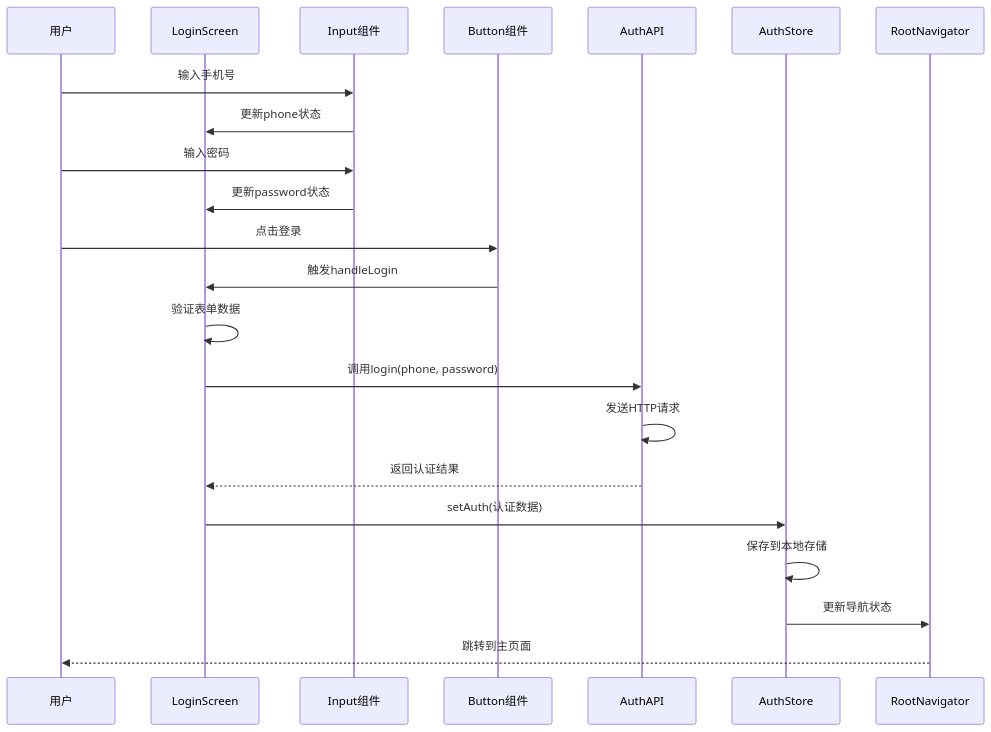
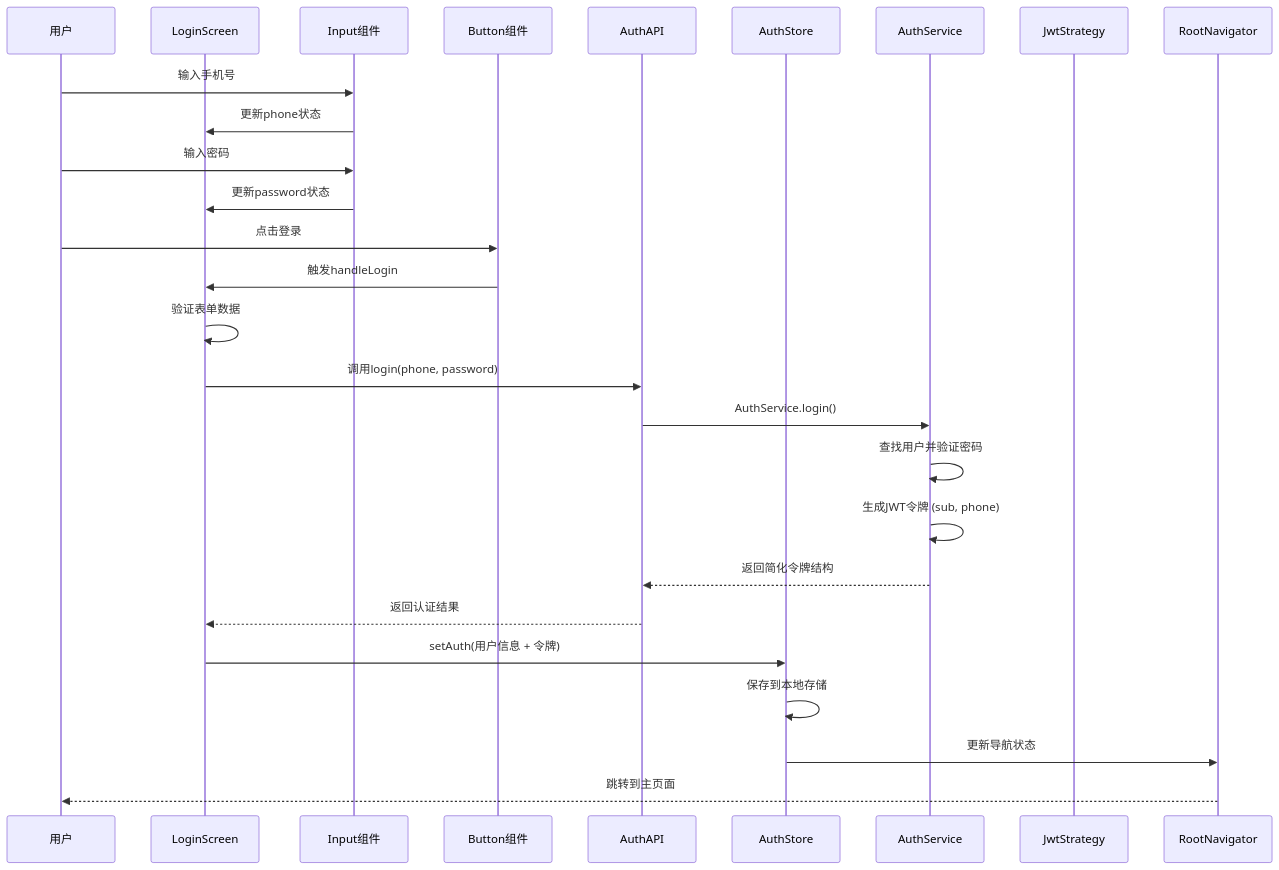
Before and after one commit to lsqwawa/free-dress: the third of 21 diagrams in .qoder/repowiki/zh/content/前端开发指南/页面架构/认证页面/登录页面.md, drawn with Mermaid. The commit also changed other lines of this file and 55 other files, not shown here.

````diff
--- a/.qoder/repowiki/zh/content/前端开发指南/页面架构/认证页面/登录页面.md
+++ b/.qoder/repowiki/zh/content/前端开发指南/页面架构/认证页面/登录页面.md
@@ -145,24 +179,29 @@
 ```mermaid
 sequenceDiagram
 participant User as 用户
 participant Login as LoginScreen
 participant Input as Input组件
 participant Button as Button组件
 participant API as AuthAPI
 participant Store as AuthStore
+participant Service as AuthService
+participant Strategy as JwtStrategy
 participant Navigator as RootNavigator
 User->>Input : 输入手机号
 Input->>Login : 更新phone状态
 User->>Input : 输入密码
 Input->>Login : 更新password状态
 User->>Button : 点击登录
 Button->>Login : 触发handleLogin
 Login->>Login : 验证表单数据
 Login->>API : 调用login(phone, password)
-API->>API : 发送HTTP请求
+API->>Service : AuthService.login()
+Service->>Service : 查找用户并验证密码
+Service->>Service : 生成JWT令牌 (sub, phone)
+Service-->>API : 返回简化令牌结构
 API-->>Login : 返回认证结果
-Login->>Store : setAuth(认证数据)
+Login->>Store : setAuth(用户信息 + 令牌)
 Store->>Store : 保存到本地存储
 Store->>Navigator : 更新导航状态
 Navigator-->>User : 跳转到主页面
 ```
````
